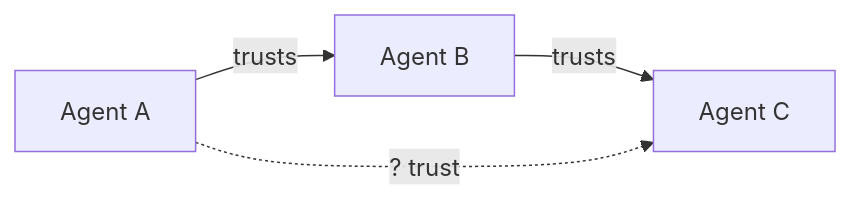
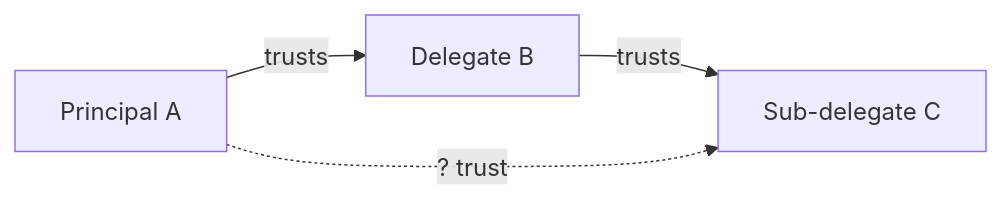
One commit to quantified-uncertainty/delegation-risk-framework changed the diagram in src/content/docs/overview/introduction.md. Above: the diagram before and after it, drawn with Mermaid. The commit also changed other lines of this file and 58 other files, not shown here.

````diff
--- a/src/content/docs/overview/introduction.md
+++ b/src/content/docs/overview/introduction.md
@@ -15,6 +17,6 @@
 ```mermaid
 graph LR
-    A[Agent A] -->|trusts| B[Agent B]
-    B -->|trusts| C[Agent C]
+    A[Principal A] -->|trusts| B[Delegate B]
+    B -->|trusts| C[Sub-delegate C]
     A -.->|"? trust"| C
 ```
````
